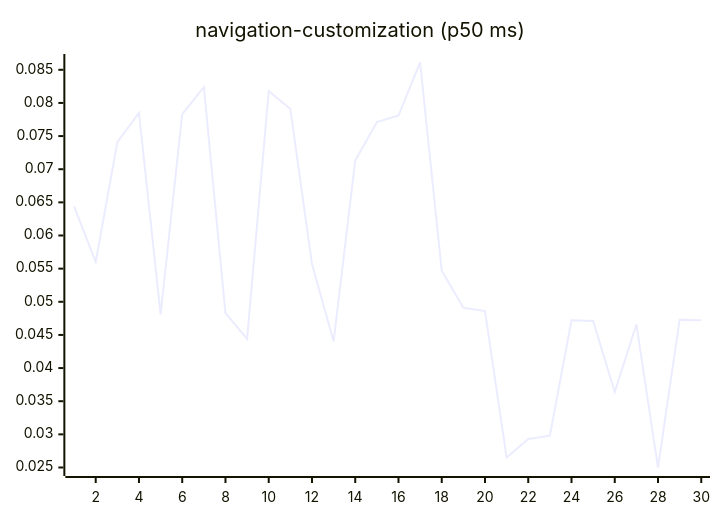
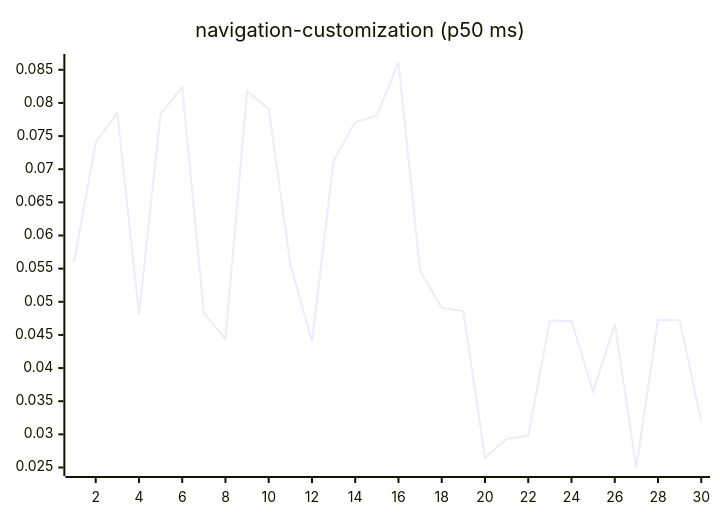
Diagram 15 of 27 in README.md (josha/Facet), drawn with Mermaid before and after one commit. The commit also changed other lines of this file and 2 other files, not shown here.

````diff
--- a/README.md
+++ b/README.md
@@ -161,6 +161,6 @@
 ```mermaid
 xychart-beta
     title "navigation-customization (p50 ms)"
     x-axis 1 --> 30
-    line [0.0644, 0.0560, 0.0741, 0.0785, 0.0481, 0.0783, 0.0824, 0.0483, 0.0444, 0.0818, 0.0791, 0.0557, 0.0440, 0.0713, 0.0771, 0.0781, 0.0861, 0.0547, 0.0491, 0.0486, 0.0265, 0.0293, 0.0298, 0.0472, 0.0471, 0.0364, 0.0466, 0.0250, 0.0473, 0.0472]
+    line [0.0560, 0.0741, 0.0785, 0.0481, 0.0783, 0.0824, 0.0483, 0.0444, 0.0818, 0.0791, 0.0557, 0.0440, 0.0713, 0.0771, 0.0781, 0.0861, 0.0547, 0.0491, 0.0486, 0.0265, 0.0293, 0.0298, 0.0472, 0.0471, 0.0364, 0.0466, 0.0250, 0.0473, 0.0472, 0.0320]
 ```
````
